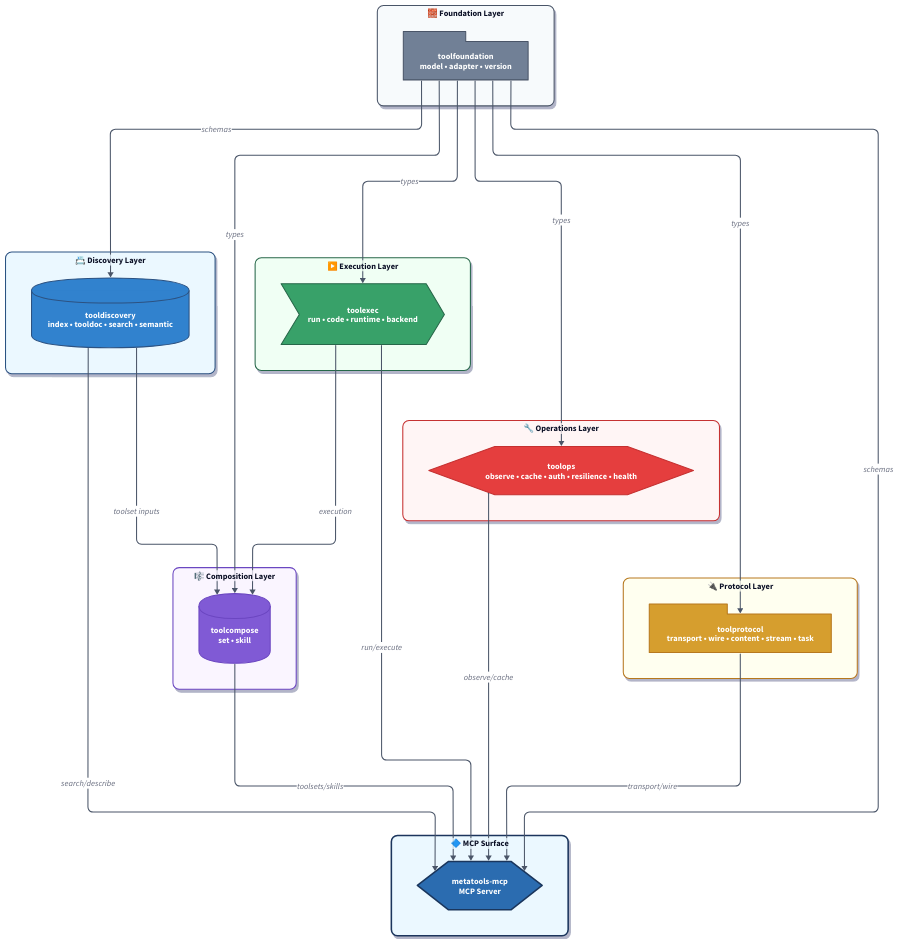
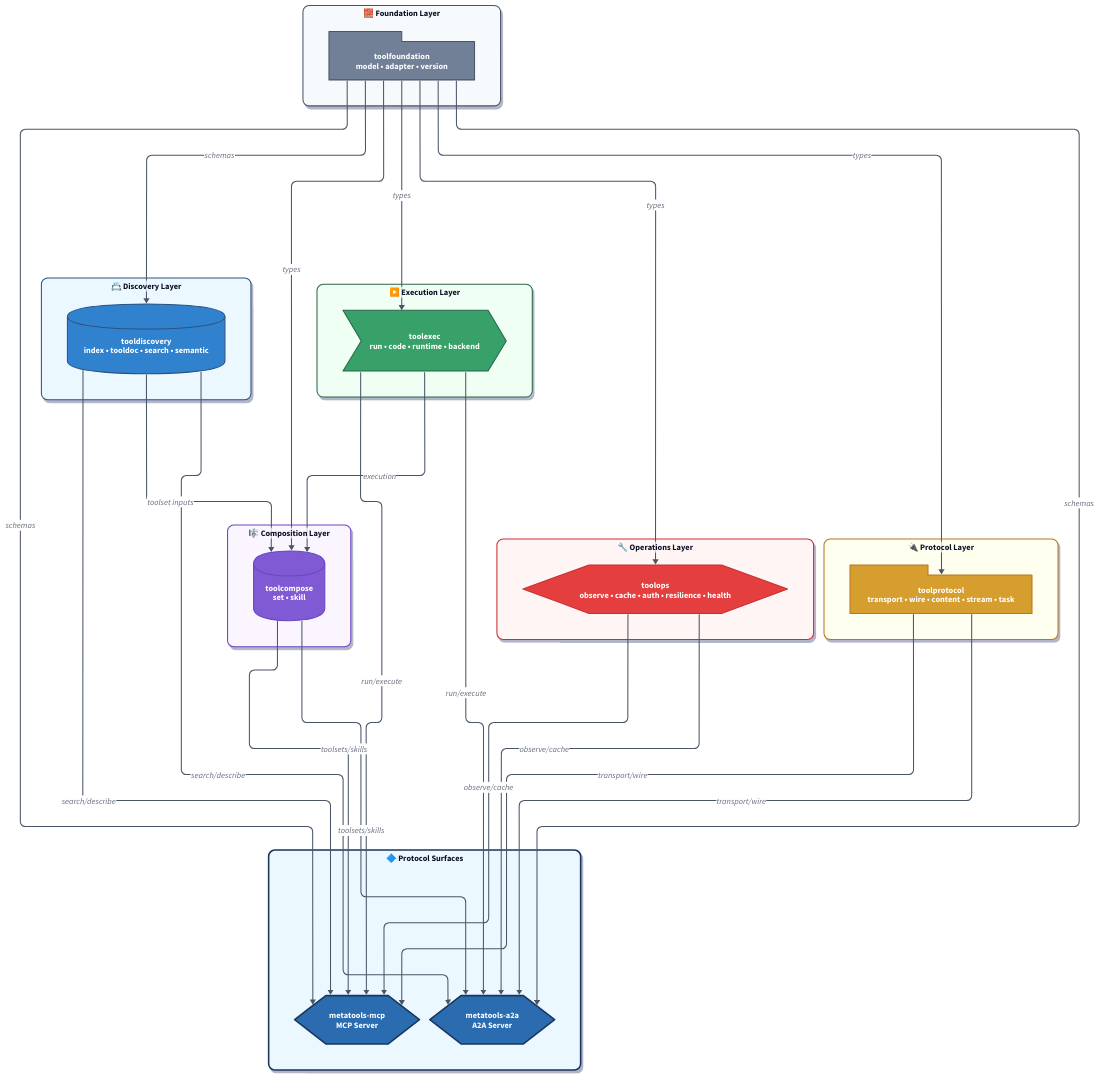
The diagram in docs/diagrams/stack-layering-model.d2 (jonwraymond/ai-tools-stack), drawn with D2 before and after one commit. The commit also changed 29 other files, not shown here.

Commit message:
feat: add A2A docs, diagrams, and version sync

```diff
--- a/docs/diagrams/stack-layering-model.d2
+++ b/docs/diagrams/stack-layering-model.d2
@@ -1,102 +1,110 @@
 # ApertureStack Layering Model (Consolidated)
-# 6 library repos + surface
+# 6 library repos + protocol surfaces
 
 direction: down
 
 vars: {
   d2-config: {
     layout-engine: elk
     theme-id: 0
   }
   foundation-fill: "#718096"
   foundation-stroke: "#4a5568"
   discovery-fill: "#3182ce"
   discovery-stroke: "#2c5282"
   execution-fill: "#38a169"
   execution-stroke: "#276749"
   composition-fill: "#805ad5"
   composition-stroke: "#6b46c1"
   operations-fill: "#e53e3e"
   operations-stroke: "#c53030"
   protocol-fill: "#d69e2e"
   protocol-stroke: "#b7791f"
   surface-fill: "#2b6cb0"
   surface-stroke: "#1a365d"
 }
 
 classes: {
   layer: {
     style: {
       border-radius: 12
       shadow: true
       font-size: 16
       bold: true
     }
   }
   foundation-component: { style: { fill: ${foundation-fill}; stroke: ${foundation-stroke}; stroke-width: 2; font-color: "#fff" } }
   discovery-component: { style: { fill: ${discovery-fill}; stroke: ${discovery-stroke}; stroke-width: 2; font-color: "#fff" } }
   execution-component: { style: { fill: ${execution-fill}; stroke: ${execution-stroke}; stroke-width: 2; font-color: "#fff" } }
   composition-component: { style: { fill: ${composition-fill}; stroke: ${composition-stroke}; stroke-width: 2; font-color: "#fff" } }
   operations-component: { style: { fill: ${operations-fill}; stroke: ${operations-stroke}; stroke-width: 2; font-color: "#fff" } }
   protocol-component: { style: { fill: ${protocol-fill}; stroke: ${protocol-stroke}; stroke-width: 2; font-color: "#fff" } }
   surface-component: { style: { fill: ${surface-fill}; stroke: ${surface-stroke}; stroke-width: 3; font-color: "#fff" } }
   data-flow: { style: { stroke: "#4a5568"; stroke-width: 2 } }
 }
 
 layer_foundation: "🧱 Foundation Layer" {
   class: layer
   style: { fill: "#f7fafc"; stroke: ${foundation-stroke} }
   toolfoundation: "toolfoundation\nmodel • adapter • version" { shape: package; class: foundation-component }
 }
 
 layer_discovery: "📇 Discovery Layer" {
   class: layer
   style: { fill: "#ebf8ff"; stroke: ${discovery-stroke} }
   tooldiscovery: "tooldiscovery\nindex • tooldoc • search • semantic" { shape: cylinder; class: discovery-component }
 }
 
 layer_execution: "▶️ Execution Layer" {
   class: layer
   style: { fill: "#f0fff4"; stroke: ${execution-stroke} }
   toolexec: "toolexec\nrun • code • runtime • backend" { shape: step; class: execution-component }
 }
 
 layer_composition: "🎼 Composition Layer" {
   class: layer
   style: { fill: "#faf5ff"; stroke: ${composition-stroke} }
   toolcompose: "toolcompose\nset • skill" { shape: cylinder; class: composition-component }
 }
 
 layer_operations: "🔧 Operations Layer" {
   class: layer
   style: { fill: "#fff5f5"; stroke: ${operations-stroke} }
   toolops: "toolops\nobserve • cache • auth • resilience • health" { shape: hexagon; class: operations-component }
 }
 
 layer_protocol: "🔌 Protocol Layer" {
   class: layer
   style: { fill: "#fffff0"; stroke: ${protocol-stroke} }
   toolprotocol: "toolprotocol\ntransport • wire • content • stream • task" { shape: package; class: protocol-component }
 }
 
-layer_surface: "🔷 MCP Surface" {
+layer_surface: "🔷 Protocol Surfaces" {
   class: layer
   style: { fill: "#ebf8ff"; stroke: ${surface-stroke}; stroke-width: 3 }
   metatools: "metatools-mcp\nMCP Server" { shape: hexagon; class: surface-component }
+  metatools_a2a: "metatools-a2a\nA2A Server" { shape: hexagon; class: surface-component }
 }
 
 layer_foundation.toolfoundation -> layer_discovery.tooldiscovery: "schemas" { class: data-flow }
 layer_foundation.toolfoundation -> layer_execution.toolexec: "types" { class: data-flow }
 layer_foundation.toolfoundation -> layer_composition.toolcompose: "types" { class: data-flow }
 layer_foundation.toolfoundation -> layer_operations.toolops: "types" { class: data-flow }
 layer_foundation.toolfoundation -> layer_protocol.toolprotocol: "types" { class: data-flow }
 
 layer_discovery.tooldiscovery -> layer_composition.toolcompose: "toolset inputs" { class: data-flow }
 layer_execution.toolexec -> layer_composition.toolcompose: "execution" { class: data-flow }
 
 layer_protocol.toolprotocol -> layer_surface.metatools: "transport/wire" { class: data-flow }
 layer_operations.toolops -> layer_surface.metatools: "observe/cache" { class: data-flow }
 layer_composition.toolcompose -> layer_surface.metatools: "toolsets/skills" { class: data-flow }
 layer_execution.toolexec -> layer_surface.metatools: "run/execute" { class: data-flow }
 layer_discovery.tooldiscovery -> layer_surface.metatools: "search/describe" { class: data-flow }
 layer_foundation.toolfoundation -> layer_surface.metatools: "schemas" { class: data-flow }
+
+layer_protocol.toolprotocol -> layer_surface.metatools_a2a: "transport/wire" { class: data-flow }
+layer_operations.toolops -> layer_surface.metatools_a2a: "observe/cache" { class: data-flow }
+layer_composition.toolcompose -> layer_surface.metatools_a2a: "toolsets/skills" { class: data-flow }
+layer_execution.toolexec -> layer_surface.metatools_a2a: "run/execute" { class: data-flow }
+layer_discovery.tooldiscovery -> layer_surface.metatools_a2a: "search/describe" { class: data-flow }
+layer_foundation.toolfoundation -> layer_surface.metatools_a2a: "schemas" { class: data-flow }
```
